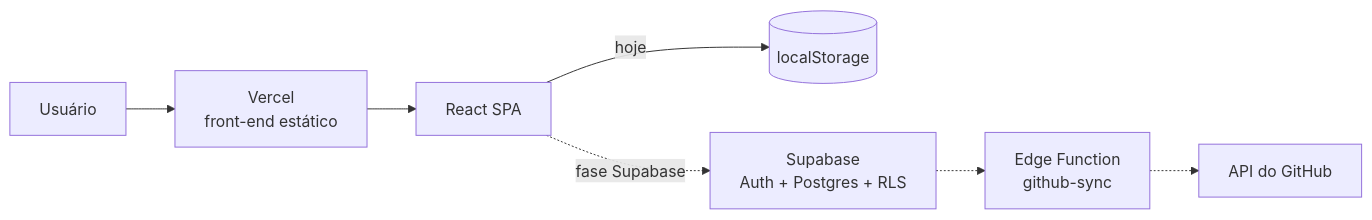
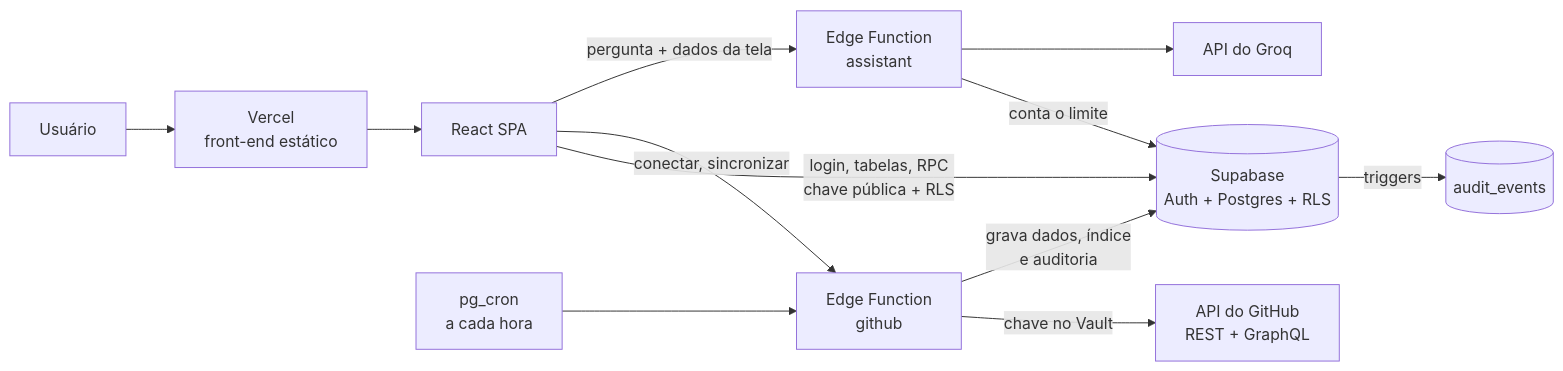
One commit to govtechbr/govtech changed the diagram in docs/RELATORIO_TCC.md. Above: the diagram before and after it, drawn with Mermaid. The commit also changed other lines of this file, not shown here.

First line of the commit message:
docs(tcc): bring the technical report up to date (Supabase, GitHub, E1-E7)

````diff
--- a/docs/RELATORIO_TCC.md
+++ b/docs/RELATORIO_TCC.md
@@ -183,9 +280,14 @@
 ```mermaid
 flowchart LR
   U[Usuário] --> V[Vercel<br/>front-end estático]
   V --> F[React SPA]
-  F -->|hoje| LS[(localStorage)]
-  F -.->|fase Supabase| SB[Supabase<br/>Auth + Postgres + RLS]
-  SB -.-> EF[Edge Function<br/>github-sync]
-  EF -.-> GH[API do GitHub]
+  F -->|login, tabelas, RPC<br/>chave pública + RLS| SB[(Supabase<br/>Auth + Postgres + RLS)]
+  F -->|conectar, sincronizar| EG[Edge Function<br/>github]
+  F -->|pergunta + dados da tela| EA[Edge Function<br/>assistant]
+  EG -->|chave no Vault| GH[API do GitHub<br/>REST + GraphQL]
+  EG -->|grava dados, índice<br/>e auditoria| SB
+  EA -->|conta o limite| SB
+  EA --> GROQ[API do Groq]
+  CRON[pg_cron<br/>a cada hora] --> EG
+  SB -->|triggers| AUD[(audit_events)]
 ```
````
